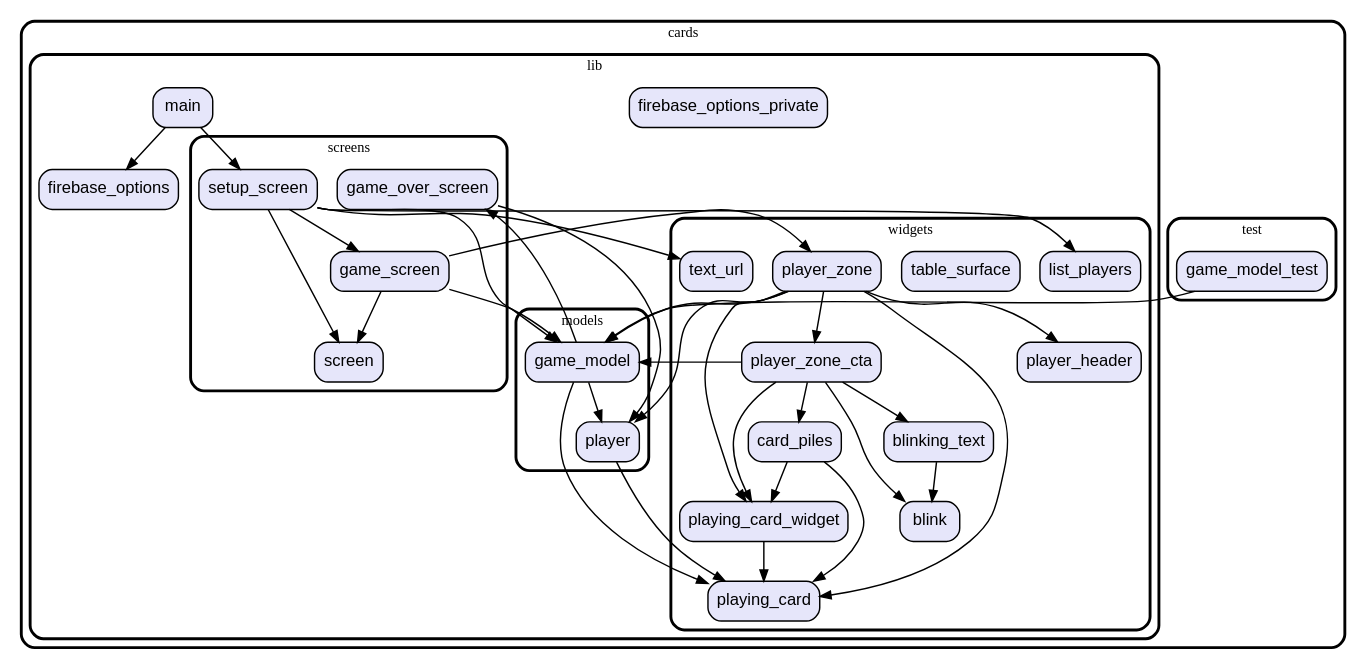
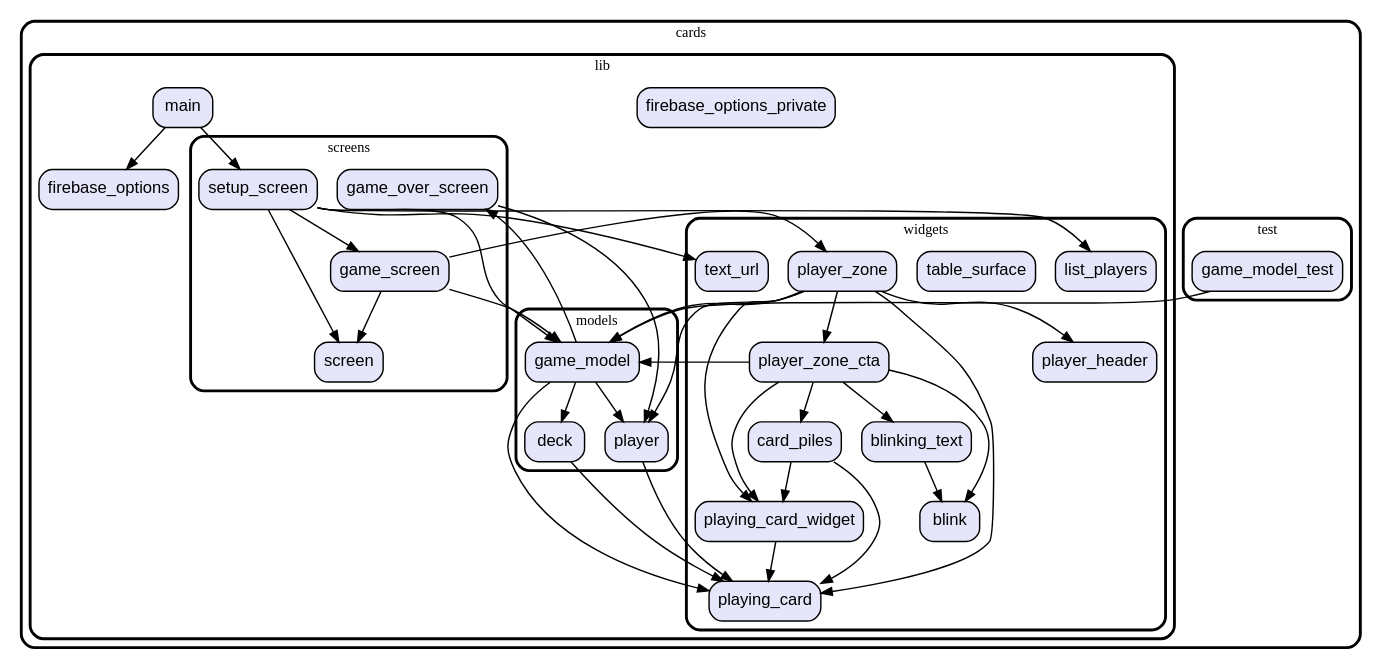
Before and after one commit to vteam-com/Cards: the diagram in graph.dot, drawn with Graphviz. The commit also changed 8 other files, not shown here.

Commit message:
Deck Model

```diff
--- a/graph.dot
+++ b/graph.dot
@@ -1,96 +1,100 @@
 digraph "" {
   graph [style=rounded fontname="Arial Black" fontsize=13 penwidth=2.6];
   node [shape=rect style="filled,rounded" fontname=Arial fontsize=15 fillcolor=Lavender penwidth=1.3];
   edge [penwidth=1.3];
   "/test/game_model_test.dart" [label="game_model_test"];
   "/lib/firebase_options_private.dart" [label="firebase_options_private"];
   "/lib/firebase_options.dart" [label="firebase_options"];
   "/lib/models/game_model.dart" [label="game_model"];
+  "/lib/models/deck.dart" [label="deck"];
   "/lib/models/player.dart" [label="player"];
   "/lib/screens/game_screen.dart" [label="game_screen"];
   "/lib/screens/game_over_screen.dart" [label="game_over_screen"];
   "/lib/screens/setup_screen.dart" [label="setup_screen"];
   "/lib/screens/screen.dart" [label="screen"];
   "/lib/main.dart" [label="main"];
   "/lib/widgets/blink.dart" [label="blink"];
   "/lib/widgets/list_players.dart" [label="list_players"];
   "/lib/widgets/playing_card_widget.dart" [label="playing_card_widget"];
   "/lib/widgets/table_surface.dart" [label="table_surface"];
   "/lib/widgets/blinking_text.dart" [label="blinking_text"];
   "/lib/widgets/player_zone.dart" [label="player_zone"];
   "/lib/widgets/playing_card.dart" [label="playing_card"];
   "/lib/widgets/card_piles.dart" [label="card_piles"];
   "/lib/widgets/player_zone_cta.dart" [label="player_zone_cta"];
   "/lib/widgets/player_header.dart" [label="player_header"];
   "/lib/widgets/text_url.dart" [label="text_url"];
   subgraph "cluster~" {
     label="cards";
     subgraph "cluster~/test" {
       label="test";
       "/test/game_model_test.dart";
     }
     subgraph "cluster~/lib" {
       label="lib";
       "/lib/firebase_options_private.dart";
       "/lib/firebase_options.dart";
       "/lib/main.dart";
       subgraph "cluster~/lib/models" {
         label="models";
         "/lib/models/game_model.dart";
+        "/lib/models/deck.dart";
         "/lib/models/player.dart";
       }
       subgraph "cluster~/lib/screens" {
         label="screens";
         "/lib/screens/game_screen.dart";
         "/lib/screens/game_over_screen.dart";
         "/lib/screens/setup_screen.dart";
         "/lib/screens/screen.dart";
       }
       subgraph "cluster~/lib/widgets" {
         label="widgets";
         "/lib/widgets/blink.dart";
         "/lib/widgets/list_players.dart";
         "/lib/widgets/playing_card_widget.dart";
         "/lib/widgets/table_surface.dart";
         "/lib/widgets/blinking_text.dart";
         "/lib/widgets/player_zone.dart";
         "/lib/widgets/playing_card.dart";
         "/lib/widgets/card_piles.dart";
         "/lib/widgets/player_zone_cta.dart";
         "/lib/widgets/player_header.dart";
         "/lib/widgets/text_url.dart";
       }
     }
   }
   "/test/game_model_test.dart" -> "/lib/models/game_model.dart";
+  "/lib/models/game_model.dart" -> "/lib/models/deck.dart";
   "/lib/models/game_model.dart" -> "/lib/models/player.dart";
   "/lib/models/game_model.dart" -> "/lib/screens/game_over_screen.dart";
   "/lib/models/game_model.dart" -> "/lib/widgets/playing_card.dart";
+  "/lib/models/deck.dart" -> "/lib/widgets/playing_card.dart";
   "/lib/models/player.dart" -> "/lib/widgets/playing_card.dart";
   "/lib/screens/game_screen.dart" -> "/lib/models/game_model.dart";
   "/lib/screens/game_screen.dart" -> "/lib/screens/screen.dart";
   "/lib/screens/game_screen.dart" -> "/lib/widgets/player_zone.dart";
   "/lib/screens/game_over_screen.dart" -> "/lib/models/player.dart";
   "/lib/screens/setup_screen.dart" -> "/lib/models/game_model.dart";
   "/lib/screens/setup_screen.dart" -> "/lib/screens/game_screen.dart";
   "/lib/screens/setup_screen.dart" -> "/lib/screens/screen.dart";
   "/lib/screens/setup_screen.dart" -> "/lib/widgets/list_players.dart";
   "/lib/screens/setup_screen.dart" -> "/lib/widgets/text_url.dart";
   "/lib/main.dart" -> "/lib/firebase_options.dart";
   "/lib/main.dart" -> "/lib/screens/setup_screen.dart";
   "/lib/widgets/playing_card_widget.dart" -> "/lib/widgets/playing_card.dart";
   "/lib/widgets/blinking_text.dart" -> "/lib/widgets/blink.dart";
   "/lib/widgets/player_zone.dart" -> "/lib/models/game_model.dart";
   "/lib/widgets/player_zone.dart" -> "/lib/models/player.dart";
   "/lib/widgets/player_zone.dart" -> "/lib/widgets/player_header.dart";
   "/lib/widgets/player_zone.dart" -> "/lib/widgets/player_zone_cta.dart";
   "/lib/widgets/player_zone.dart" -> "/lib/widgets/playing_card.dart";
   "/lib/widgets/player_zone.dart" -> "/lib/widgets/playing_card_widget.dart";
   "/lib/widgets/card_piles.dart" -> "/lib/widgets/playing_card.dart";
   "/lib/widgets/card_piles.dart" -> "/lib/widgets/playing_card_widget.dart";
   "/lib/widgets/player_zone_cta.dart" -> "/lib/models/game_model.dart";
   "/lib/widgets/player_zone_cta.dart" -> "/lib/widgets/blink.dart";
   "/lib/widgets/player_zone_cta.dart" -> "/lib/widgets/blinking_text.dart";
   "/lib/widgets/player_zone_cta.dart" -> "/lib/widgets/card_piles.dart";
   "/lib/widgets/player_zone_cta.dart" -> "/lib/widgets/playing_card_widget.dart";
 }
```
